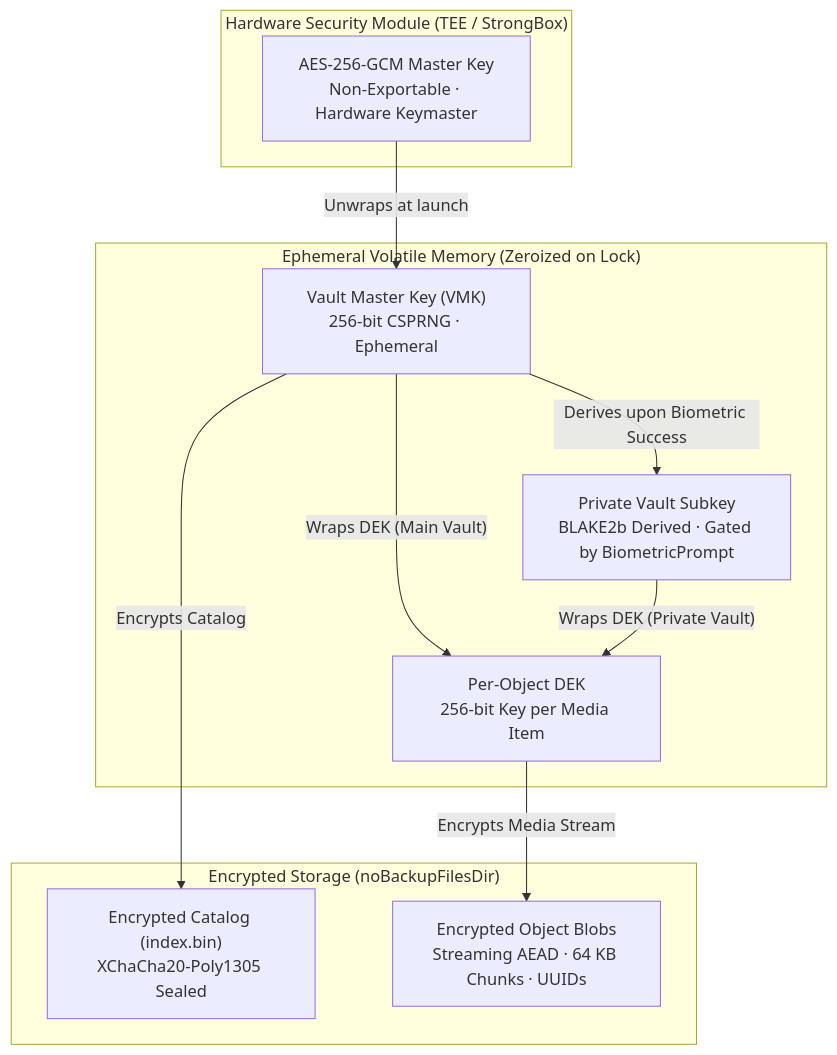
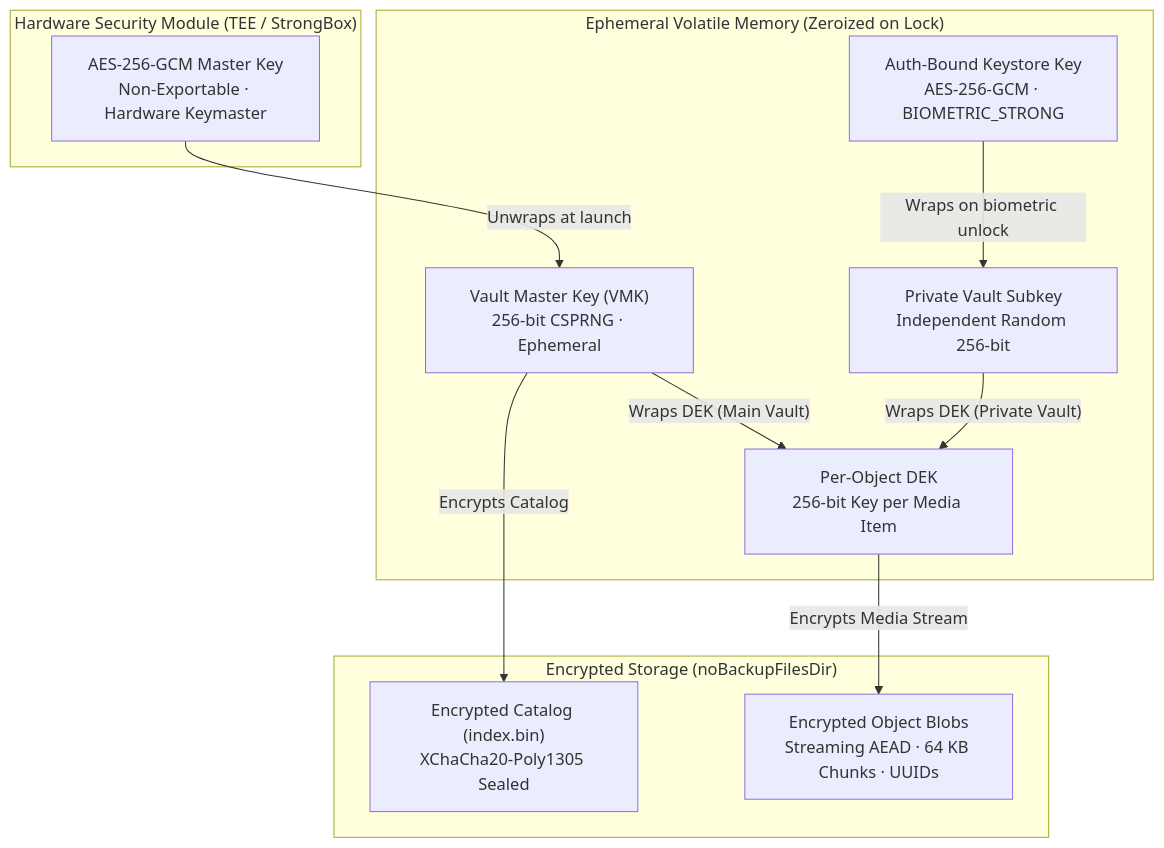
One commit to MZarc/Zarc changed the second of 2 diagrams in README.md. Above: the diagram before and after it, drawn with Mermaid. The commit also changed other lines of this file and 25 other files, not shown here.

````diff
--- a/README.md
+++ b/README.md
@@ -99,24 +99,25 @@
 ```mermaid
 flowchart TD
     subgraph Keystore ["Hardware Security Module (TEE / StrongBox)"]
         KEK["AES-256-GCM Master Key<br/>Non-Exportable · Hardware Keymaster"]
     end
 
     subgraph Memory ["Ephemeral Volatile Memory (Zeroized on Lock)"]
         VMK["Vault Master Key (VMK)<br/>256-bit CSPRNG · Ephemeral"]
-        PVK["Private Vault Subkey<br/>BLAKE2b Derived · Gated by BiometricPrompt"]
+        GATE["Auth-Bound Keystore Key<br/>AES-256-GCM · BIOMETRIC_STRONG"]
+        PVK["Private Vault Subkey<br/>Independent Random 256-bit"]
         DEK["Per-Object DEK<br/>256-bit Key per Media Item"]
     end
 
     subgraph FlashStorage ["Encrypted Storage (noBackupFilesDir)"]
         INDEX["Encrypted Catalog (index.bin)<br/>XChaCha20-Poly1305 Sealed"]
         BLOB["Encrypted Object Blobs<br/>Streaming AEAD · 64 KB Chunks · UUIDs"]
     end
 
     KEK -->|"Unwraps at launch"| VMK
-    VMK -->|"Derives upon Biometric Success"| PVK
+    GATE -->|"Wraps on biometric unlock"| PVK
     VMK -->|"Encrypts Catalog"| INDEX
     VMK -->|"Wraps DEK (Main Vault)"| DEK
     PVK -->|"Wraps DEK (Private Vault)"| DEK
     DEK -->|"Encrypts Media Stream"| BLOB
 ```
````
